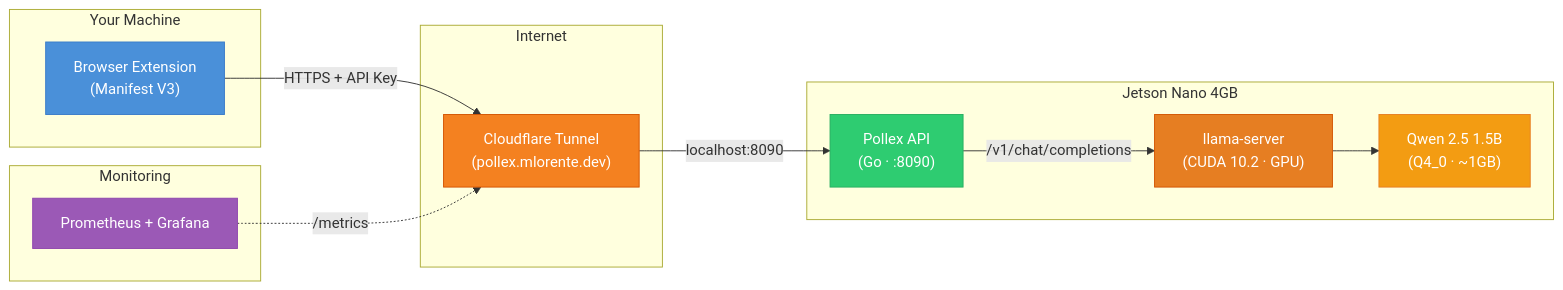
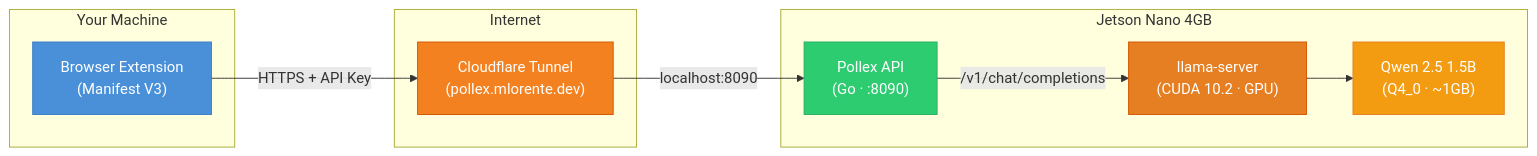
Before and after one commit to mlorentedev/pollex: the diagram in README.md, drawn with Mermaid. The commit also changed other lines of this file and 27 other files, not shown here.

````diff
--- a/README.md
+++ b/README.md
@@ -11,33 +20,27 @@
 ```mermaid
 graph LR
     subgraph Your Machine
         EXT["Browser Extension<br/>(Manifest V3)"]
     end
 
     subgraph Internet
         CF["Cloudflare Tunnel<br/>(pollex.mlorente.dev)"]
     end
 
     subgraph Jetson Nano 4GB
         API["Pollex API<br/>(Go · :8090)"]
         LLAMA["llama-server<br/>(CUDA 10.2 · GPU)"]
         MODEL["Qwen 2.5 1.5B<br/>(Q4_0 · ~1GB)"]
     end
 
-    subgraph Monitoring
-        PROM["Prometheus + Grafana"]
-    end
-
     EXT -- "HTTPS + API Key" --> CF
     CF -- "localhost:8090" --> API
     API -- "/v1/chat/completions" --> LLAMA
     LLAMA --> MODEL
-    PROM -. "/metrics" .-> CF
 
     style EXT fill:#4a90d9,stroke:#3a7bc8,color:#fff
     style CF fill:#f48120,stroke:#d35400,color:#fff
     style API fill:#2ecc71,stroke:#27ae60,color:#fff
     style LLAMA fill:#e67e22,stroke:#d35400,color:#fff
     style MODEL fill:#f39c12,stroke:#e67e22,color:#fff
-    style PROM fill:#9b59b6,stroke:#8e44ad,color:#fff
 ```
````
